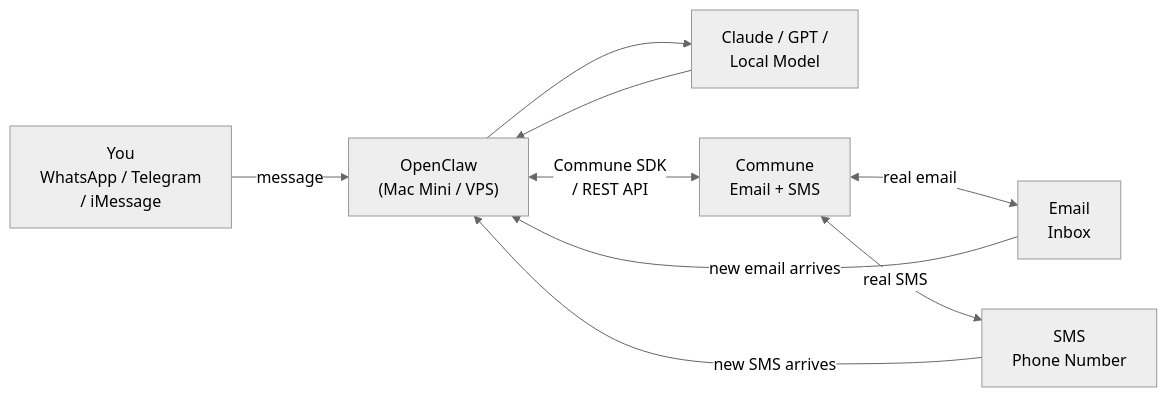
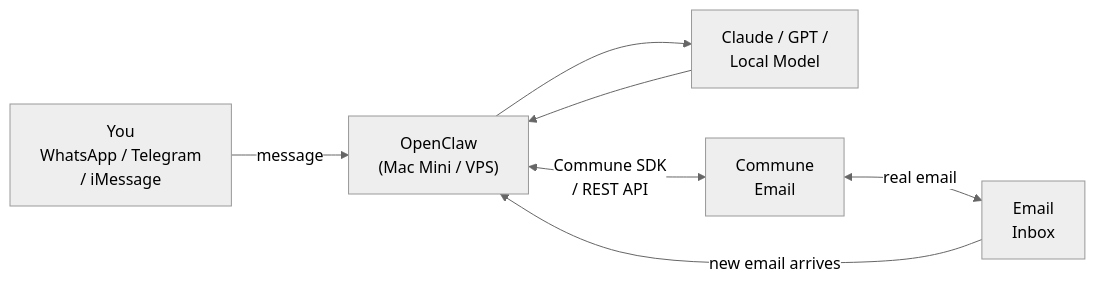
One commit to shanjai-raj/commune-openclaw-email-sms-quickstart changed the first of 2 diagrams in README.md. Above: the diagram before and after it, drawn with Mermaid (neutral theme). The commit also changed other lines of this file and 9 other files, not shown here.

Commit message:
remove SMS and phone number references

````diff
--- a/README.md
+++ b/README.md
@@ -27,11 +26,9 @@
 ```mermaid
 flowchart LR
     You["You\nWhatsApp / Telegram\n/ iMessage"] -->|"message"| OC["OpenClaw\n(Mac Mini / VPS)"]
     OC --> LLM["Claude / GPT /\nLocal Model"]
     LLM --> OC
-    OC <-->|"Commune SDK\n/ REST API"| Commune["Commune\nEmail + SMS"]
+    OC <-->|"Commune SDK\n/ REST API"| Commune["Commune\nEmail"]
     Commune <-->|"real email"| Email["Email\nInbox"]
-    Commune <-->|"real SMS"| SMS["SMS\nPhone Number"]
     Email -->|"new email arrives"| OC
-    SMS -->|"new SMS arrives"| OC
 ```
````
